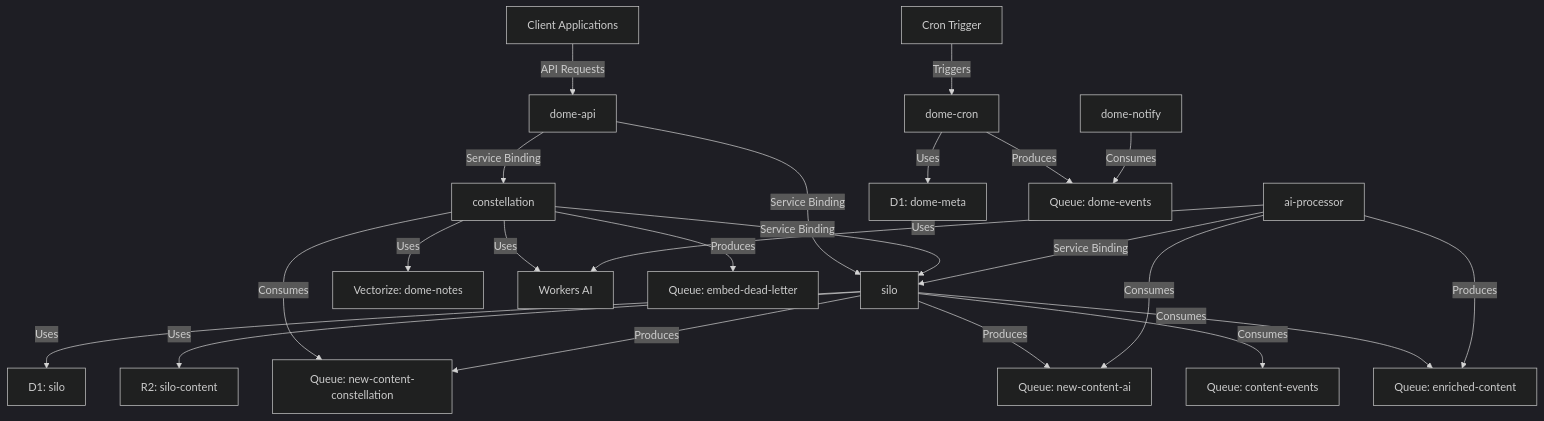
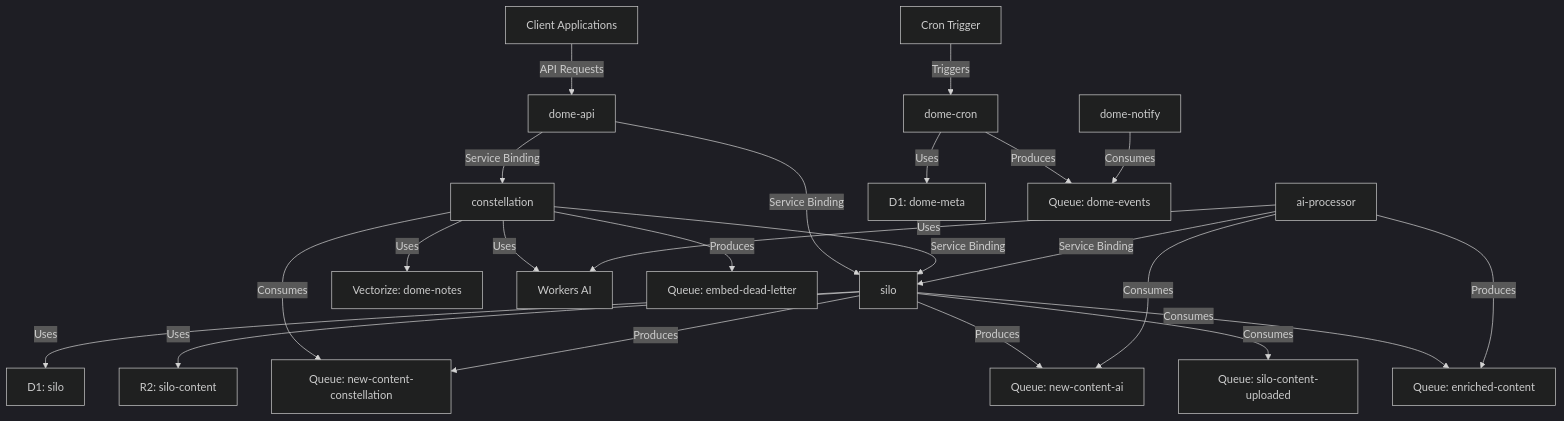
Before and after one commit to marktoda/dome: the second of 5 diagrams in docs/CLOUDFLARE_PULUMI_DIAGRAM.md, drawn with Mermaid (dark theme). The commit also changed other lines of this file and 43 other files, not shown here.

````diff
--- a/docs/CLOUDFLARE_PULUMI_DIAGRAM.md
+++ b/docs/CLOUDFLARE_PULUMI_DIAGRAM.md
@@ -82,31 +82,31 @@
 ```mermaid
 graph TD
     Client[Client Applications] -->|API Requests| DomeAPI[dome-api]
 
     DomeAPI -->|Service Binding| Constellation[constellation]
     DomeAPI -->|Service Binding| Silo[silo]
 
     Constellation -->|Service Binding| Silo
     Constellation -->|Uses| VectorizeIndex[Vectorize: dome-notes]
     Constellation -->|Uses| AI[Workers AI]
     Constellation -->|Consumes| Q1[Queue: new-content-constellation]
     Constellation -->|Produces| Q6[Queue: embed-dead-letter]
 
     Silo -->|Uses| D1DB2[D1: silo]
     Silo -->|Uses| R2B2[R2: silo-content]
     Silo -->|Produces| Q1[Queue: new-content-constellation]
     Silo -->|Produces| Q2[Queue: new-content-ai]
-    Silo -->|Consumes| Q3[Queue: content-events]
+    Silo -->|Consumes| Q3[Queue: silo-content-uploaded]
     Silo -->|Consumes| Q4[Queue: enriched-content]
 
     AIProcessor[ai-processor] -->|Service Binding| Silo
     AIProcessor -->|Uses| AI
     AIProcessor -->|Consumes| Q2
     AIProcessor -->|Produces| Q4
 
     DomeCron[dome-cron] -->|Uses| D1DB1[D1: dome-meta]
     DomeCron -->|Produces| Q5[Queue: dome-events]
     CronTrigger[Cron Trigger] -->|Triggers| DomeCron
 
     DomeNotify[dome-notify] -->|Consumes| Q5
 ```
````
